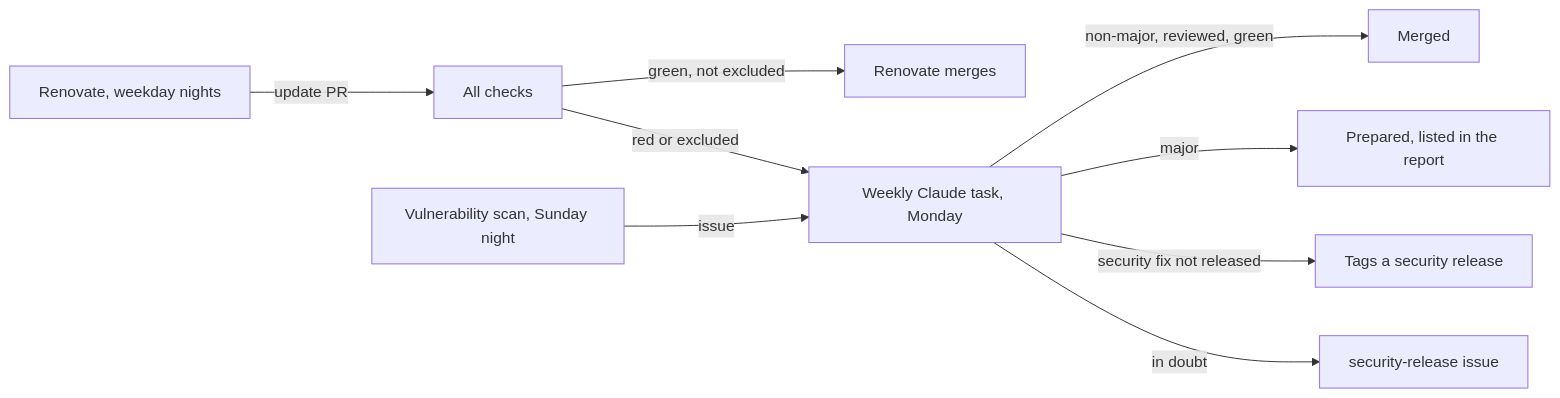
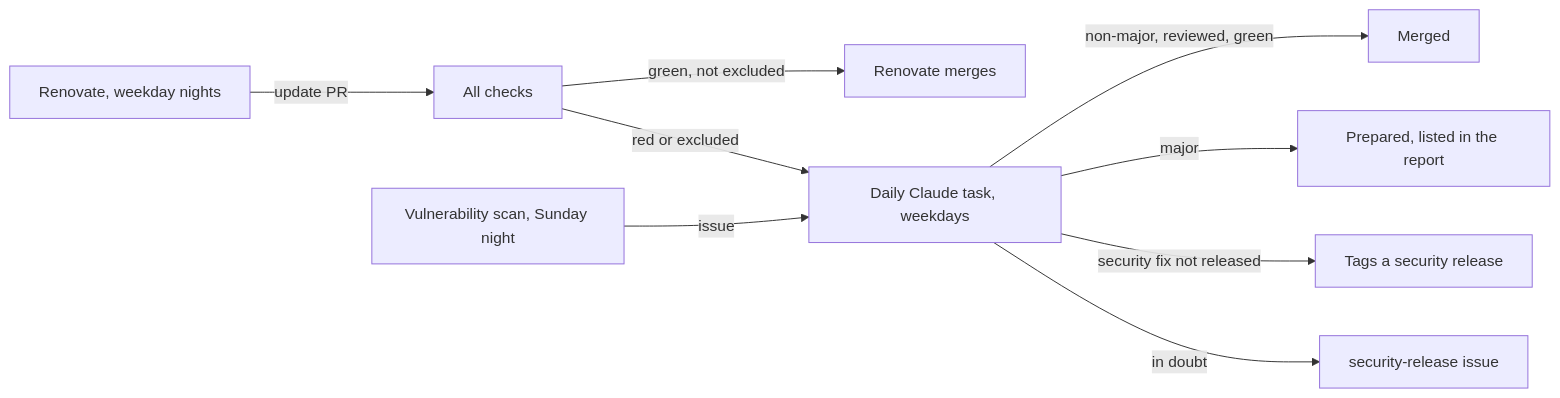
Before and after one commit to swallat/kaltstellen: the diagram in docs/maintenance.md, drawn with Mermaid. The commit also changed other lines of this file and 2 other files, not shown here.

First line of the commit message:
docs: describe the maintenance task as a daily two-stage run (#77)

````diff
--- a/docs/maintenance.md
+++ b/docs/maintenance.md
@@ -7,11 +7,11 @@
 ```mermaid
 flowchart LR
     R[Renovate, weekday nights] -->|update PR| CI[All checks]
     CI -->|green, not excluded| M[Renovate merges]
-    CI -->|red or excluded| W[Weekly Claude task, Monday]
+    CI -->|red or excluded| W[Daily Claude task, weekdays]
     S[Vulnerability scan, Sunday night] -->|issue| W
     W -->|non-major, reviewed, green| M2[Merged]
     W -->|major| P[Prepared, listed in the report]
     W -->|security fix not released| T[Tags a security release]
     W -->|in doubt| I[security-release issue]
 ```
````
